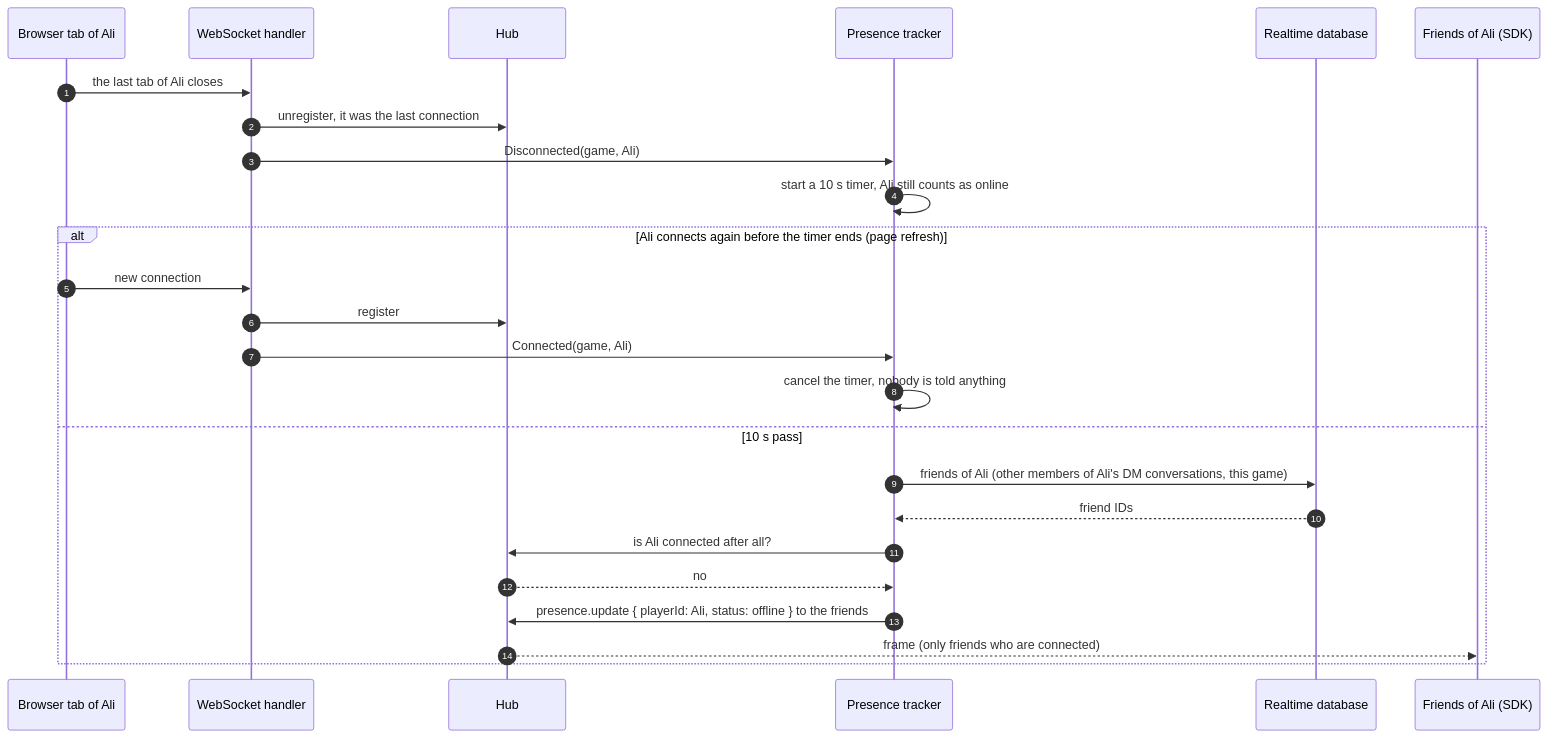
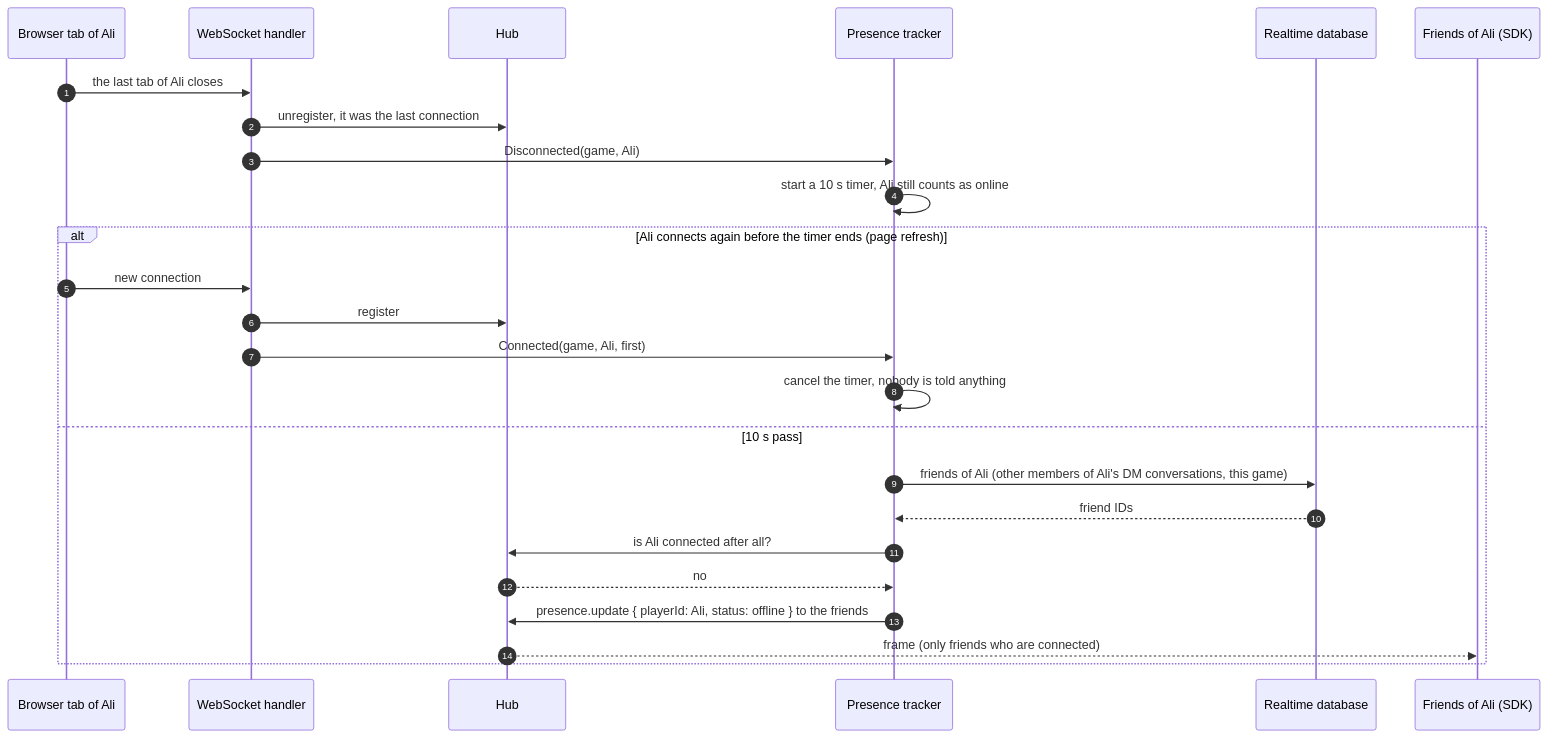
Diagram 12 of 12 in docs/realtime-flow.md (Sociable-platform/clan-backend), drawn with Mermaid before and after one commit. The commit also changed other lines of this file and 8 other files, not shown here.

````diff
--- a/docs/realtime-flow.md
+++ b/docs/realtime-flow.md
@@ -505,29 +505,29 @@
 ```mermaid
 sequenceDiagram
     autonumber
     participant SDK as Browser tab of Ali
     participant RT as WebSocket handler
     participant Hub
     participant Pres as Presence tracker
     participant DB as Realtime database
     participant F as Friends of Ali (SDK)
 
     SDK->>RT: the last tab of Ali closes
     RT->>Hub: unregister, it was the last connection
     RT->>Pres: Disconnected(game, Ali)
     Pres->>Pres: start a 10 s timer, Ali still counts as online
 
     alt Ali connects again before the timer ends (page refresh)
         SDK->>RT: new connection
         RT->>Hub: register
-        RT->>Pres: Connected(game, Ali)
+        RT->>Pres: Connected(game, Ali, first)
         Pres->>Pres: cancel the timer, nobody is told anything
     else 10 s pass
         Pres->>DB: friends of Ali (other members of Ali's DM conversations, this game)
         DB-->>Pres: friend IDs
         Pres->>Hub: is Ali connected after all?
         Hub-->>Pres: no
         Pres->>Hub: presence.update { playerId: Ali, status: offline } to the friends
         Hub-->>F: frame (only friends who are connected)
     end
 ```
````
